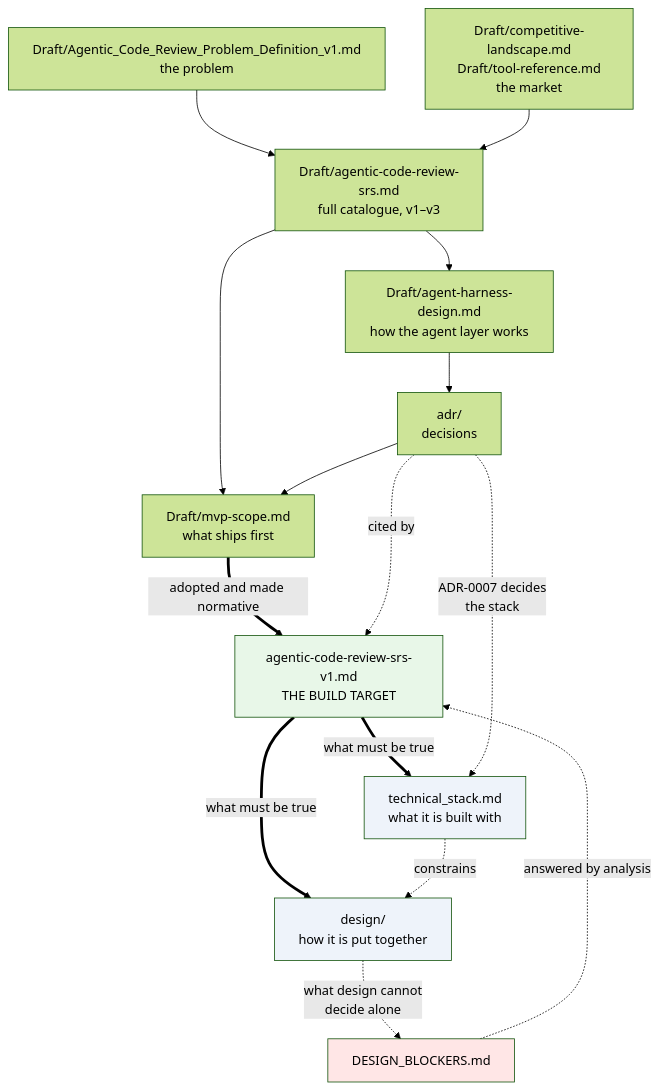
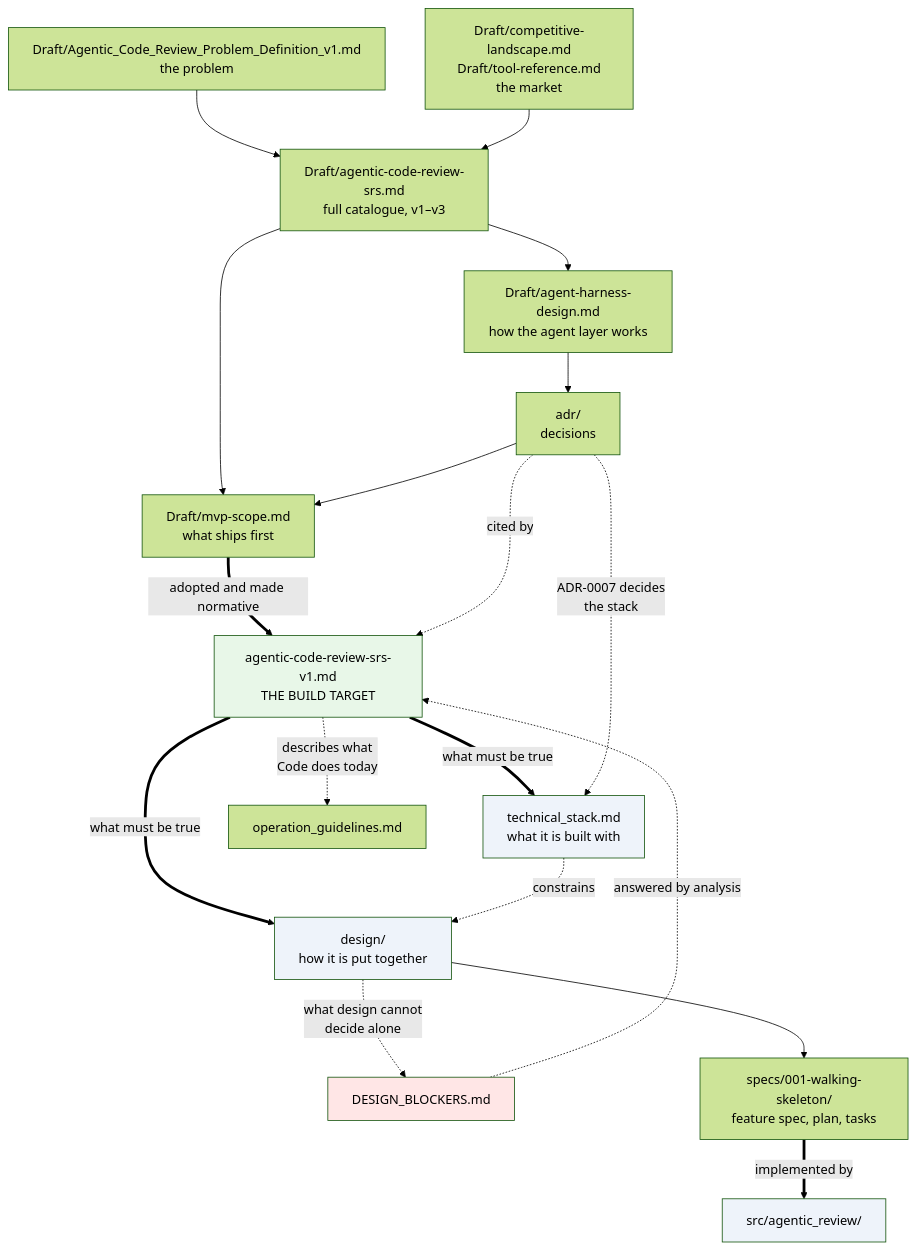
One commit to nhahub/NHA-5-285 changed the diagram in Docs/README.md. Above: the diagram before and after it, drawn with Mermaid (forest theme). The commit also changed 2 other files, not shown here.

Commit message:
docs: bring CLAUDE.md current with the built repository
Rewrite "Current state": it claimed no source code, no pyproject.toml,
no test runner and no lint config, and told agents not to invent
commands for them. All of that exists now -- 41 source modules, 207
tests, 5 import-linter contracts, CI -- and the section told future
agents not to run any of it. Add the real dev commands, including the
Windows lint-imports trampoline workaround.

Add the missing authority-table rows (design/, specs/001, operation
guidelines, DESIGN_BLOCKERS). Update ADR status and reading order for
0008 and 0009. Rewrite the FR-5.8 bullet and the pipeline diagram for
ADR-0009's declared graph -- the old text stated the pre-amendment
rule and directly contradicted the just-accepted ADR. Correct AC count
to sixteen. Fix the git-mentor path (.claude/skills/git-mentor/, not
repo root) in both CLAUDE.md and operation_guidelines.md. Drop the
withdrawn "10-30 second" latency figure per SRS v1.1's TBD-2.

Docs/README.md's document-relation diagram gains specs/001 and
operation_guidelines.md, which it omitted.

````diff
--- a/Docs/README.md
+++ b/Docs/README.md
@@ -37,22 +37,26 @@
 ```mermaid
 flowchart TD
     P["Draft/Agentic_Code_Review_Problem_Definition_v1.md<br/>the problem"] --> C["Draft/agentic-code-review-srs.md<br/>full catalogue, v1–v3"]
     L["Draft/competitive-landscape.md<br/>Draft/tool-reference.md<br/>the market"] --> C
     C --> H["Draft/agent-harness-design.md<br/>how the agent layer works"]
     H --> A["adr/<br/>decisions"]
     C --> M["Draft/mvp-scope.md<br/>what ships first"]
     A --> M
     M ==>|"adopted and made normative"| S["agentic-code-review-srs-v1.md<br/>THE BUILD TARGET"]
     A -.->|"cited by"| S
     S ==>|"what must be true"| T["technical_stack.md<br/>what it is built with"]
     A -.->|"ADR-0007 decides<br/>the stack"| T
     S ==>|"what must be true"| D["design/<br/>how it is put together"]
     T -.->|"constrains"| D
     D -.->|"what design cannot<br/>decide alone"| B["DESIGN_BLOCKERS.md"]
     B -.->|"answered by analysis"| S
+    D --> F["specs/001-walking-skeleton/<br/>feature spec, plan, tasks"]
+    F ==>|"implemented by"| Code["src/agentic_review/"]
+    S -.->|"describes what<br/>Code does today"| G["operation_guidelines.md"]
 
     style S fill:#e8f7e8
     style T fill:#eef3fa
     style D fill:#eef3fa
     style B fill:#ffe6e6
+    style Code fill:#eef3fa
 ```
````
